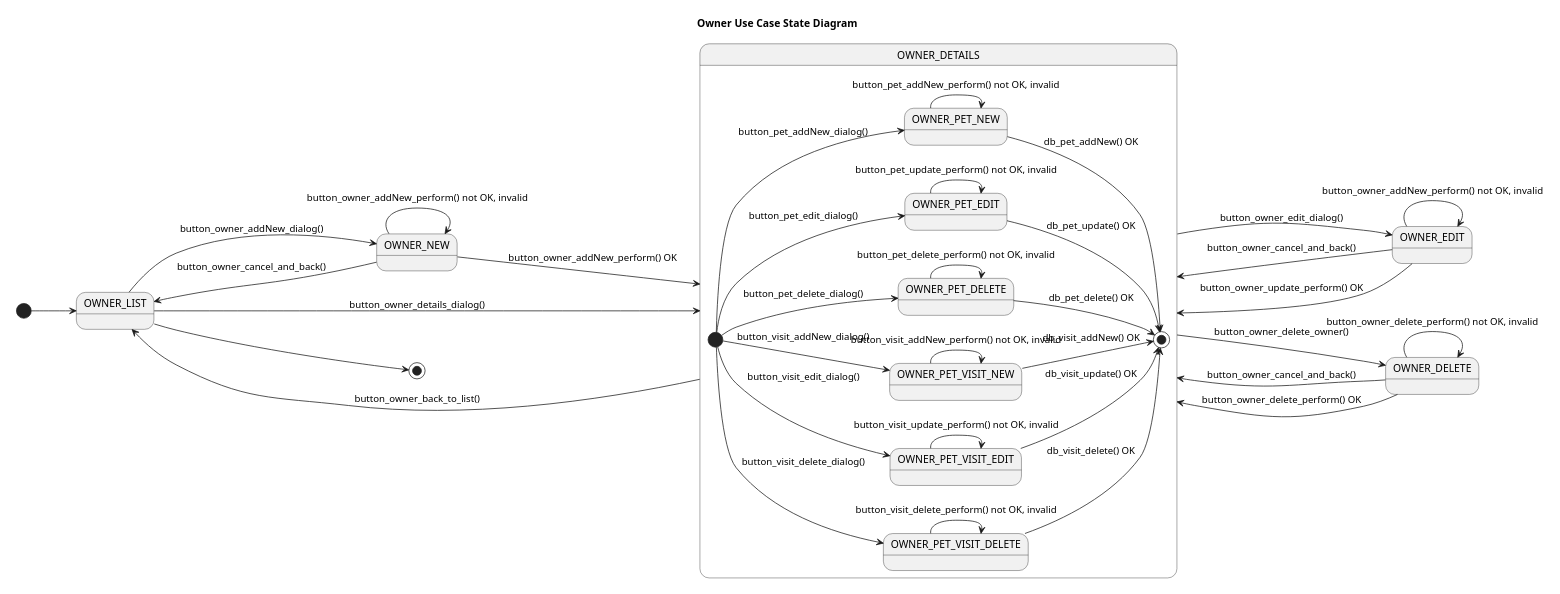
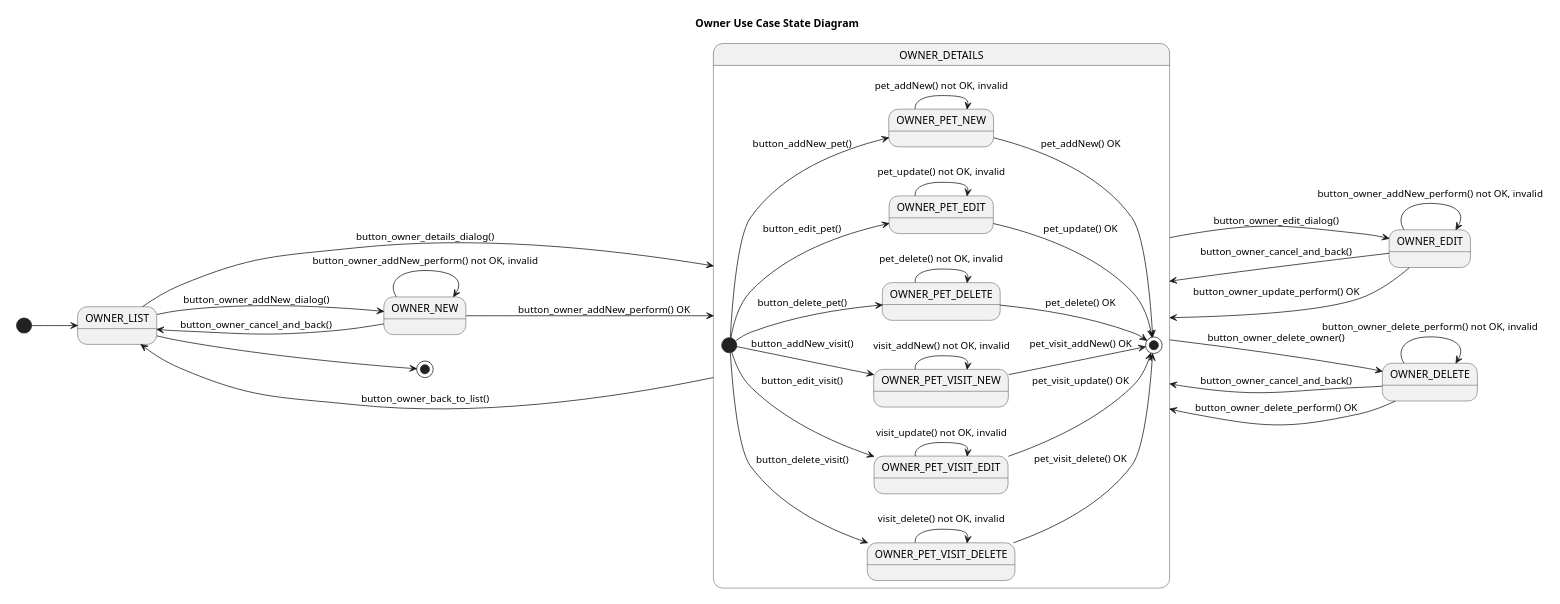
One commit to Jakarta-EE-Petclinic/petclinic-uml changed the diagram in puml/owner/concept/Owner__UseCases__State.puml. Above: the diagram before and after it, drawn with PlantUML. The commit also changed 1 other file, not shown here.

```diff
--- a/puml/owner/concept/Owner__UseCases__State.puml
+++ b/puml/owner/concept/Owner__UseCases__State.puml
@@ -1,79 +1,85 @@
 @startuml
 
 title Owner Use Case State Diagram
 
 'https://plantuml.com/state-diagram
 
 left to right direction
 'top to bottom direction
 
 scale 1000 width
 
 [*] --> OWNER_LIST
 
+OWNER_LIST --> OWNER_DETAILS: button_owner_details_dialog()
+OWNER_DETAILS --> OWNER_LIST: button_owner_back_to_list()
+
 OWNER_LIST --> OWNER_NEW :   button_owner_addNew_dialog()
 OWNER_NEW --> OWNER_LIST:    button_owner_cancel_and_back()
 OWNER_NEW --> OWNER_DETAILS: button_owner_addNew_perform() OK
-
-OWNER_LIST --> OWNER_DETAILS: button_owner_details_dialog()
-OWNER_DETAILS --> OWNER_LIST: button_owner_back_to_list()
 
 OWNER_DETAILS --> OWNER_EDIT: button_owner_edit_dialog()
 OWNER_EDIT --> OWNER_DETAILS: button_owner_cancel_and_back()
 OWNER_EDIT --> OWNER_DETAILS: button_owner_update_perform() OK
 
 OWNER_DETAILS --> OWNER_DELETE: button_owner_delete_owner()
 OWNER_DELETE --> OWNER_DETAILS: button_owner_cancel_and_back()
 OWNER_DELETE --> OWNER_DETAILS: button_owner_delete_perform() OK
 
 state OWNER_DETAILS {
 
-    [*] --> OWNER_PET_NEW: button_pet_addNew_dialog()
-    [*] --> OWNER_PET_EDIT: button_pet_edit_dialog()
-    [*] --> OWNER_PET_DELETE: button_pet_delete_dialog()
+    [*] --> OWNER_PET_NEW: button_addNew_pet()
+    state OWNER_PET_NEW {
+        OWNER_PET_NEW --> OWNER_PET_NEW : pet_addNew() not OK, invalid
+    }
+    OWNER_PET_NEW --> [*] : pet_addNew() OK
 
-    [*] --> OWNER_PET_VISIT_NEW: button_visit_addNew_dialog()
-    [*] --> OWNER_PET_VISIT_EDIT: button_visit_edit_dialog()
-    [*] --> OWNER_PET_VISIT_DELETE: button_visit_delete_dialog()
 
-    OWNER_PET_NEW --> [*] : db_pet_addNew() OK
-    OWNER_PET_EDIT --> [*] : db_pet_update() OK
-    OWNER_PET_DELETE --> [*]: db_pet_delete() OK
+    [*] --> OWNER_PET_EDIT: button_edit_pet()
+    state OWNER_PET_EDIT {
+        OWNER_PET_EDIT --> OWNER_PET_EDIT : pet_update() not OK, invalid
+    }
+    OWNER_PET_EDIT --> [*] : pet_update() OK
 
-    OWNER_PET_VISIT_NEW --> [*] : db_visit_addNew() OK
-    OWNER_PET_VISIT_EDIT --> [*] : db_visit_update() OK
-    OWNER_PET_VISIT_DELETE --> [*]: db_visit_delete() OK
 
-    state OWNER_PET_NEW {
-        OWNER_PET_NEW --> OWNER_PET_NEW : button_pet_addNew_perform() not OK, invalid
+    [*] --> OWNER_PET_DELETE: button_delete_pet()
+    state OWNER_PET_DELETE {
+        OWNER_PET_DELETE --> OWNER_PET_DELETE: pet_delete() not OK, invalid
     }
-    state OWNER_PET_EDIT {
-        OWNER_PET_EDIT --> OWNER_PET_EDIT : button_pet_update_perform() not OK, invalid
+    OWNER_PET_DELETE --> [*]: pet_delete() OK
+
+
+    [*] --> OWNER_PET_VISIT_NEW: button_addNew_visit()
+    state OWNER_PET_VISIT_NEW {
+        OWNER_PET_VISIT_NEW --> OWNER_PET_VISIT_NEW : visit_addNew() not OK, invalid
     }
-    state OWNER_PET_DELETE {
-        OWNER_PET_DELETE --> OWNER_PET_DELETE: button_pet_delete_perform() not OK, invalid
+    OWNER_PET_VISIT_NEW --> [*] : pet_visit_addNew() OK
+
+
+    [*] --> OWNER_PET_VISIT_EDIT: button_edit_visit()
+    state OWNER_PET_VISIT_EDIT {
+        OWNER_PET_VISIT_EDIT --> OWNER_PET_VISIT_EDIT : visit_update() not OK, invalid
     }
+    OWNER_PET_VISIT_EDIT --> [*] : pet_visit_update() OK
 
-    state OWNER_PET_VISIT_NEW {
-        OWNER_PET_VISIT_NEW --> OWNER_PET_VISIT_NEW : button_visit_addNew_perform() not OK, invalid
+
+    [*] --> OWNER_PET_VISIT_DELETE: button_delete_visit()
+    state OWNER_PET_VISIT_DELETE {
+        OWNER_PET_VISIT_DELETE --> OWNER_PET_VISIT_DELETE: visit_delete() not OK, invalid
     }
-    state OWNER_PET_VISIT_EDIT {
-        OWNER_PET_VISIT_EDIT --> OWNER_PET_VISIT_EDIT : button_visit_update_perform() not OK, invalid
-    }
-    state OWNER_PET_VISIT_DELETE {
-        OWNER_PET_VISIT_DELETE --> OWNER_PET_VISIT_DELETE: button_visit_delete_perform() not OK, invalid
-    }
+    OWNER_PET_VISIT_DELETE --> [*]: pet_visit_delete() OK
+
 }
 state OWNER_EDIT {
     OWNER_EDIT --> OWNER_EDIT: button_owner_addNew_perform() not OK, invalid
 }
 state OWNER_DELETE {
     OWNER_DELETE --> OWNER_DELETE: button_owner_delete_perform() not OK, invalid
 }
 state OWNER_NEW {
     OWNER_NEW --> OWNER_NEW : button_owner_addNew_perform() not OK, invalid
 }
 
 OWNER_LIST --> [*]
 
 @enduml
```
